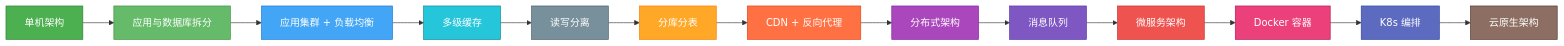
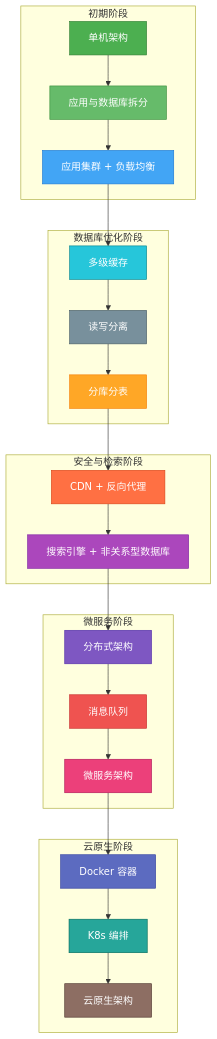
The first of 15 diagrams in _posts/2026-05-17-internet-architecture-evolution.md (weng235/weng235.github.io), drawn with Mermaid before and after one commit.

Commit message:
update: 全景图改为垂直布局，字号增大到 18px
- 从横向布局改为纵向布局，节点垂直排列
- 使用 subgraph 分组展示五个阶段
- 字体增大到 18px，更清晰易读

````diff
--- a/_posts/2026-05-17-internet-architecture-evolution.md
+++ b/_posts/2026-05-17-internet-architecture-evolution.md
@@ -12,30 +12,49 @@
 ```mermaid
-%%{init: {'theme': 'dark', 'themeVariables': { 'fontSize': '14px', 'nodeBorder': '#555', 'lineColor': '#aaa' }}%%
-graph LR
-    A["单机架构"] --> B["应用与数据库拆分"]
-    B --> C["应用集群 + 负载均衡"]
-    C --> D["多级缓存"]
-    D --> E["读写分离"]
-    E --> F["分库分表"]
-    F --> G["CDN + 反向代理"]
-    G --> H["分布式架构"]
-    H --> I["消息队列"]
-    I --> J["微服务架构"]
-    J --> K["Docker 容器"]
-    K --> L["K8s 编排"]
-    L --> M["云原生架构"]
+%%{init: {'theme': 'dark', 'themeVariables': { 'fontSize': '18px', 'nodeBorder': '#666', 'lineColor': '#888', 'clusterBkg': '#1a1a2e' }}%%
+graph TB
+    subgraph 初期阶段
+        A["单机架构"]
+        B["应用与数据库拆分"]
+        C["应用集群 + 负载均衡"]
+    end
+
+    subgraph 数据库优化阶段
+        D["多级缓存"]
+        E["读写分离"]
+        F["分库分表"]
+    end
+
+    subgraph 安全与检索阶段
+        G["CDN + 反向代理"]
+        H["搜索引擎 + 非关系型数据库"]
+    end
+
+    subgraph 微服务阶段
+        I["分布式架构"]
+        J["消息队列"]
+        K["微服务架构"]
+    end
+
+    subgraph 云原生阶段
+        L["Docker 容器"]
+        M["K8s 编排"]
+        N["云原生架构"]
+    end
+
+    A --> B --> C --> D --> E --> F --> G --> H --> I --> J --> K --> L --> M --> N
 
     style A fill:#4CAF50,stroke:#2E7D32,color:#fff,fontWeight:bold
     style B fill:#66BB6A,stroke:#388E3C,color:#fff,fontWeight:bold
     style C fill:#42A5F5,stroke:#1976D2,color:#fff,fontWeight:bold
     style D fill:#26C6DA,stroke:#00838F,color:#fff,fontWeight:bold
     style E fill:#78909C,stroke:#455A64,color:#fff,fontWeight:bold
     style F fill:#FFA726,stroke:#F57C00,color:#fff,fontWeight:bold
     style G fill:#FF7043,stroke:#D84315,color:#fff,fontWeight:bold
     style H fill:#AB47BC,stroke:#7B1FA2,color:#fff,fontWeight:bold
     style I fill:#7E57C2,stroke:#512DA8,color:#fff,fontWeight:bold
     style J fill:#EF5350,stroke:#C62828,color:#fff,fontWeight:bold
     style K fill:#EC407A,stroke:#AD1457,color:#fff,fontWeight:bold
     style L fill:#5C6BC0,stroke:#303F9F,color:#fff,fontWeight:bold
-    style M fill:#8D6E63,stroke:#4E342E,color:#fff,fontWeight:bold
+    style M fill:#26A69A,stroke:#00695C,color:#fff,fontWeight:bold
+    style N fill:#8D6E63,stroke:#4E342E,color:#fff,fontWeight:bold
 ```
````
